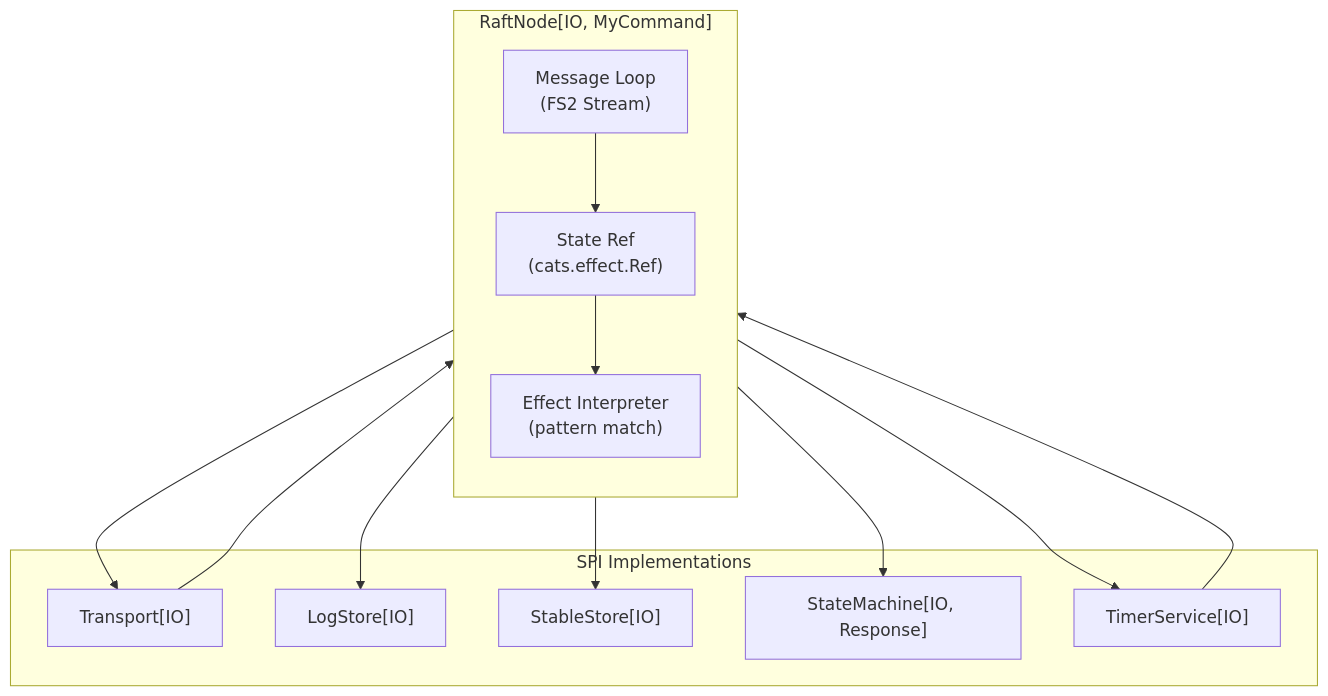
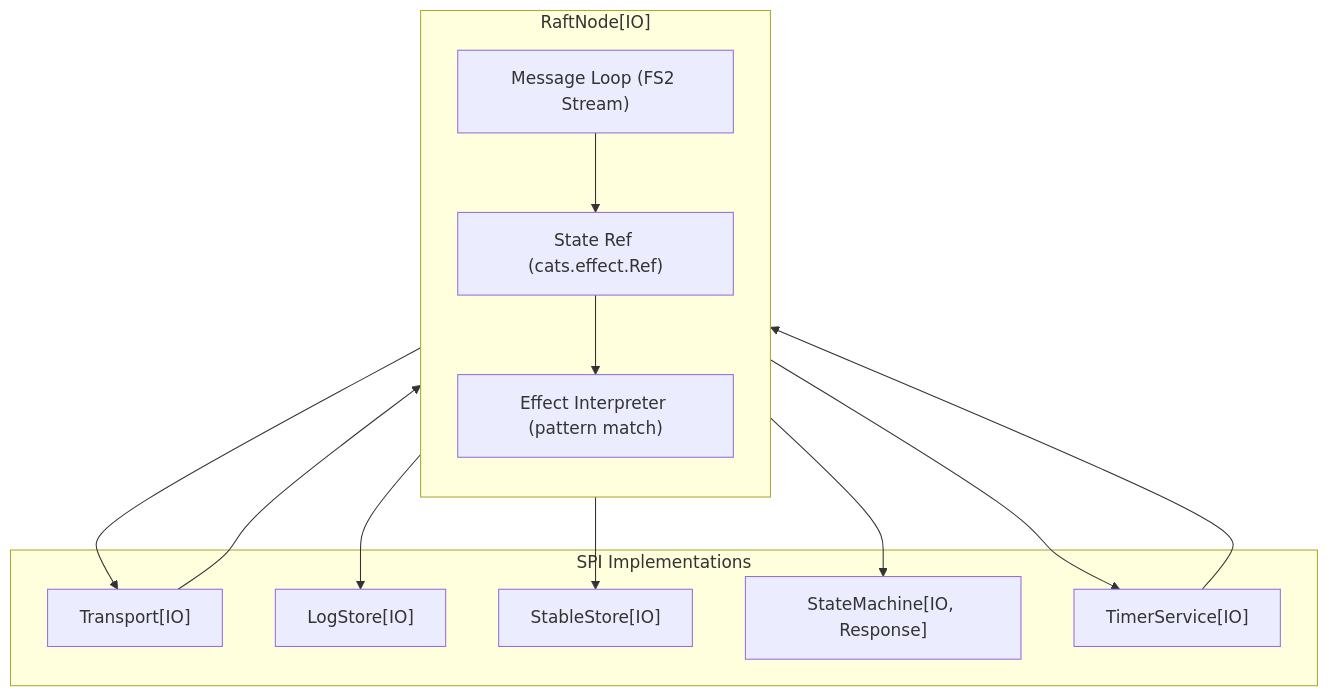
The first of 3 diagrams in docs/book/18-end-to-end-integration.md (bmscomp/raft), drawn with Mermaid before and after one commit. The commit also changed other lines of this file and 38 other files, not shown here.

First line of the commit message:
docs: replace ASCII art with Mermaid diagrams across book and tutorials

````diff
--- a/docs/book/18-end-to-end-integration.md
+++ b/docs/book/18-end-to-end-integration.md
@@ -19,27 +19,27 @@
 ```mermaid
 flowchart TB
-    subgraph RaftNode["RaftNode[IO, MyCommand]"]
+    subgraph RaftNode["RaftNode[IO]"]
         direction TB
-        ML["Message Loop\n(FS2 Stream)"]
-        EI["Effect Interpreter\n(pattern match)"]
-        SR["State Ref\n(cats.effect.Ref)"]
+        ML["Message Loop (FS2 Stream)"]
+        EI["Effect Interpreter (pattern match)"]
+        SR["State Ref (cats.effect.Ref)"]
     end
 
     subgraph SPIs["SPI Implementations"]
         T["Transport[IO]"]
         LS["LogStore[IO]"]
         SS["StableStore[IO]"]
         SM["StateMachine[IO, Response]"]
         TS["TimerService[IO]"]
     end
 
     T --> ML
     TS --> ML
     ML --> SR
     SR --> EI
     EI --> T
     EI --> LS
     EI --> SS
     EI --> SM
     EI --> TS
 ```
````
